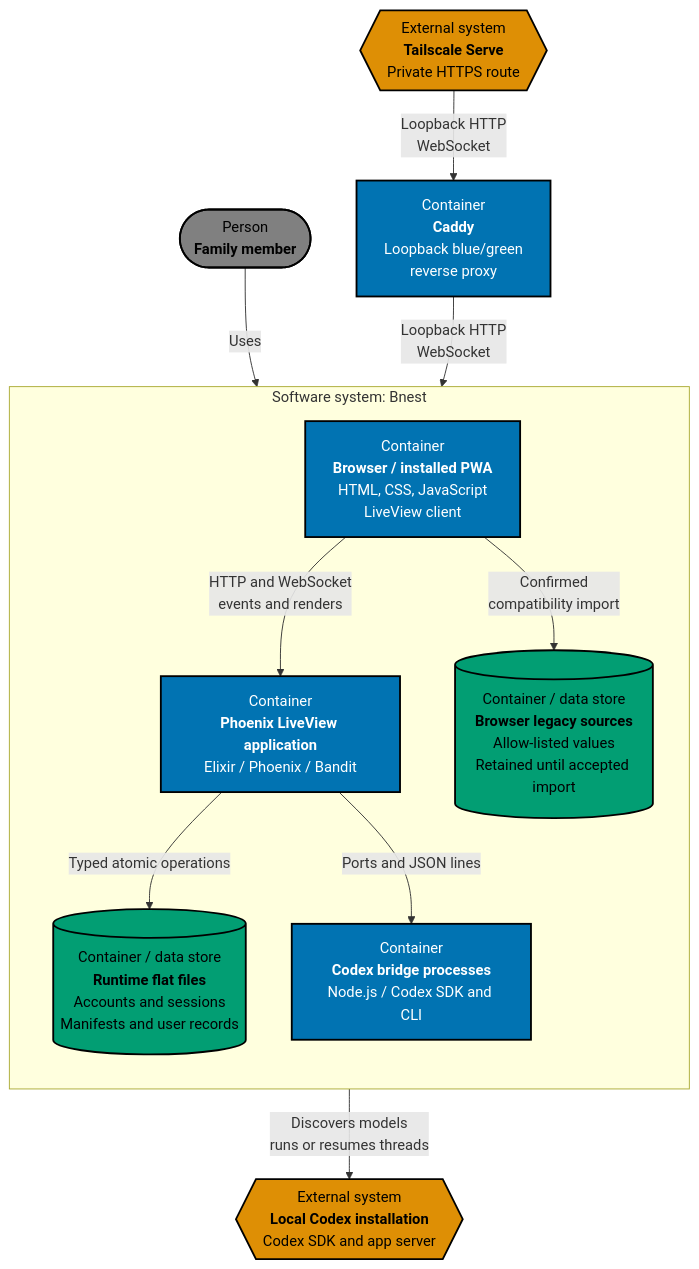
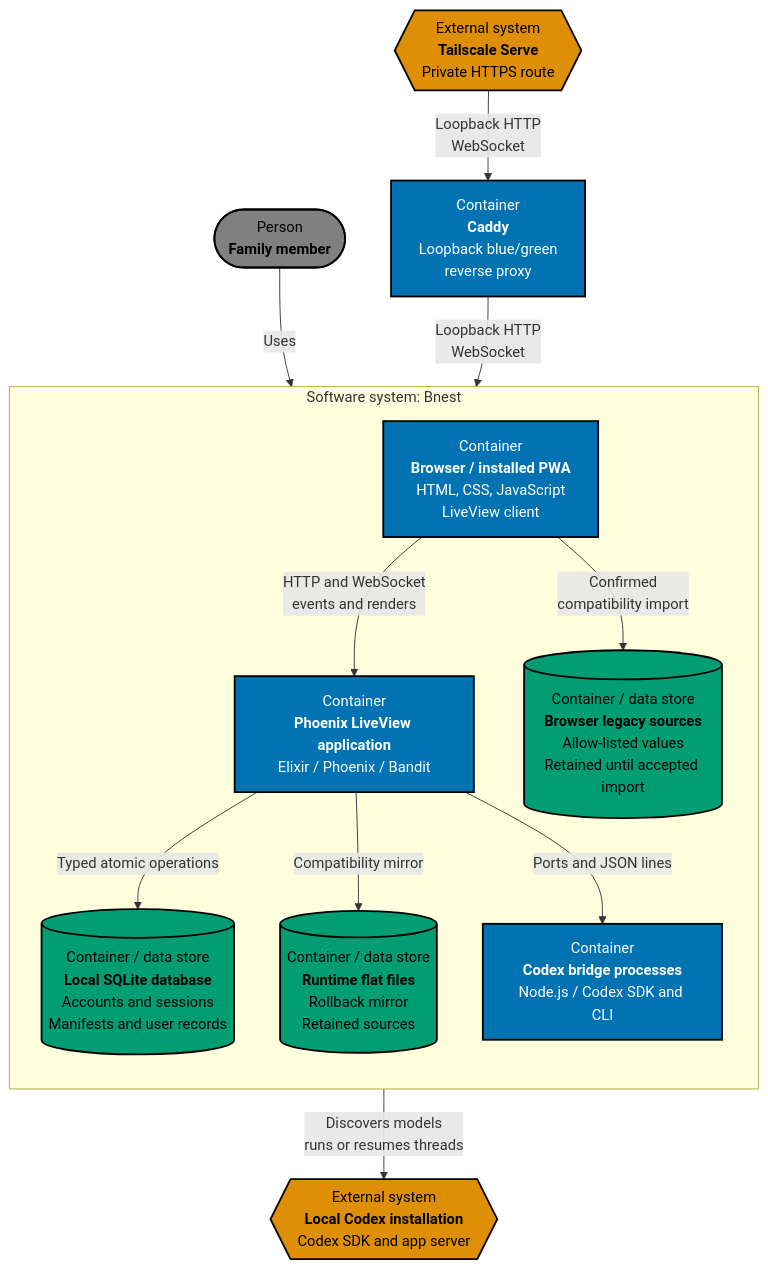
One commit to wahidyankf/beaver-nest changed the second of 5 diagrams in specs/apps/bnest/app/architecture.md. Above: the diagram before and after it, drawn with Mermaid. The commit also changed other lines of this file and 42 other files, not shown here.

````diff
--- a/specs/apps/bnest/app/architecture.md
+++ b/specs/apps/bnest/app/architecture.md
@@ -35,37 +35,39 @@
 ```mermaid
 %% Accessible palette: blue #0173B2, orange #DE8F05, teal #029E73, gray #808080
 flowchart TB
     visitor(["Person<br/><b>Family member</b>"])
     tailscale{{"External system<br/><b>Tailscale Serve</b><br/>Private HTTPS route"}}
     caddy["Container<br/><b>Caddy</b><br/>Loopback blue/green<br/>reverse proxy"]
     codex{{"External system<br/><b>Local Codex installation</b><br/>Codex SDK and app server"}}
 
     subgraph bnest["Software system: Bnest"]
         direction TB
         browser["Container<br/><b>Browser / installed PWA</b><br/>HTML, CSS, JavaScript<br/>LiveView client"]
         legacy[("Container / data store<br/><b>Browser legacy sources</b><br/>Allow-listed values<br/>Retained until accepted import")]
         phoenix["Container<br/><b>Phoenix LiveView application</b><br/>Elixir / Phoenix / Bandit"]
-        runtime[("Container / data store<br/><b>Runtime flat files</b><br/>Accounts and sessions<br/>Manifests and user records")]
+        runtime[("Container / data store<br/><b>Local SQLite database</b><br/>Accounts and sessions<br/>Manifests and user records")]
+        mirror[("Container / data store<br/><b>Runtime flat files</b><br/>Rollback mirror<br/>Retained sources")]
         bridge["Container<br/><b>Codex bridge processes</b><br/>Node.js / Codex SDK and CLI"]
 
         browser -->|HTTP and WebSocket<br/>events and renders| phoenix
         browser -->|Confirmed<br/>compatibility import| legacy
         phoenix -->|Typed atomic operations| runtime
+        phoenix -->|Compatibility mirror| mirror
         phoenix -->|Ports and JSON lines| bridge
     end
 
     visitor -->|Uses| browser
     tailscale -->|Loopback HTTP<br/>WebSocket| caddy
     caddy -->|Loopback HTTP<br/>WebSocket| phoenix
     bridge -->|Discovers models<br/>runs or resumes threads| codex
 
     classDef person fill:#808080,stroke:#000000,color:#000000,stroke-width:2px
     classDef container fill:#0173B2,stroke:#000000,color:#FFFFFF,stroke-width:2px
     classDef data fill:#029E73,stroke:#000000,color:#000000,stroke-width:2px
     classDef external fill:#DE8F05,stroke:#000000,color:#000000,stroke-width:2px
     class visitor person
     class browser,phoenix,bridge container
-    class legacy,runtime data
+    class legacy,runtime,mirror data
     class tailscale,codex external
     class caddy container
 ```
````
